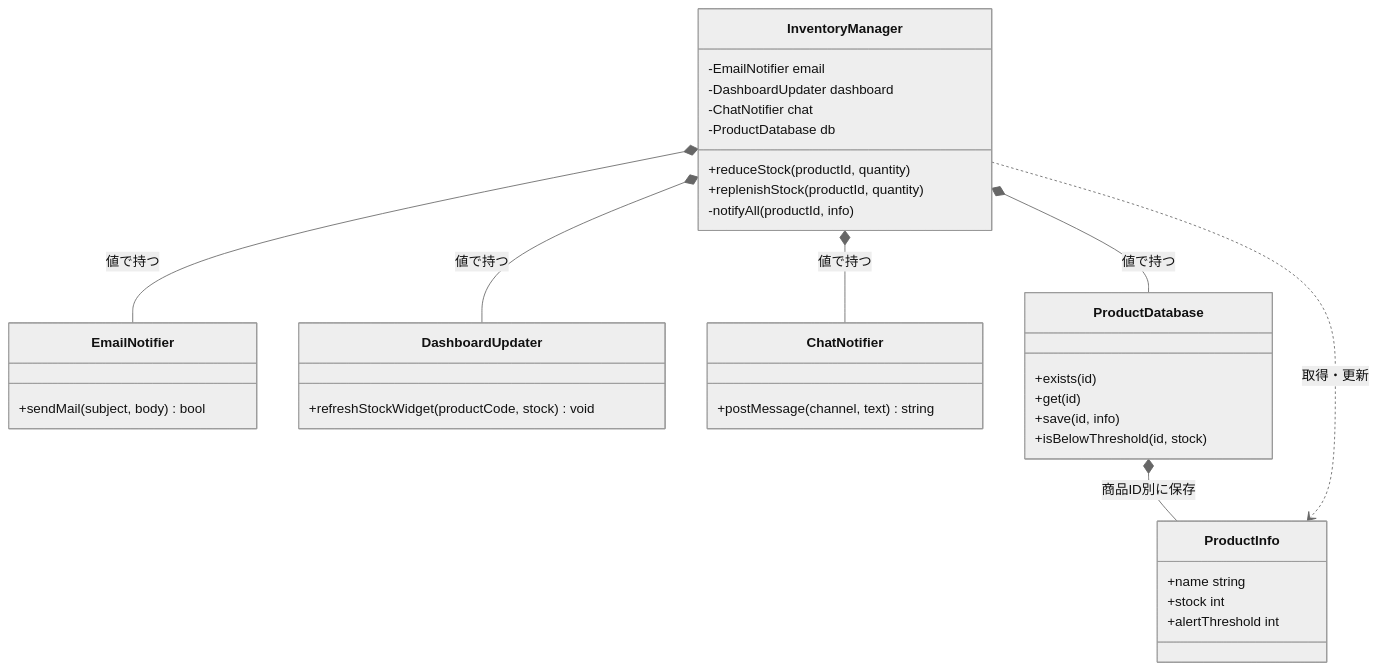
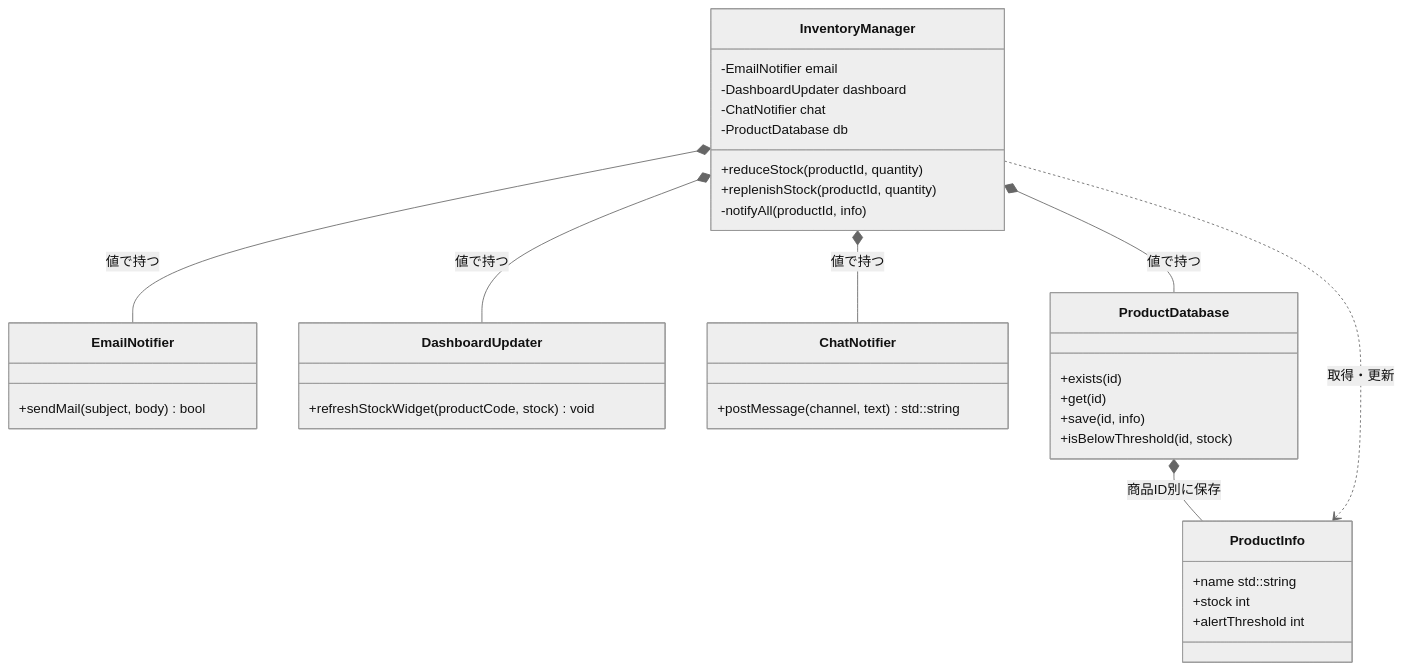
One commit to kumachan1101-pixel/DesignPattern changed the third of 19 diagrams in kindle/design-patterns/books/volume01-core-patterns/output/05-chapter03.md. Above: the diagram before and after it, drawn with Mermaid (neutral theme). The commit also changed other lines of this file and 22 other files, not shown here.

````diff
--- a/kindle/design-patterns/books/volume01-core-patterns/output/05-chapter03.md
+++ b/kindle/design-patterns/books/volume01-core-patterns/output/05-chapter03.md
@@ -292,39 +292,39 @@
 ```mermaid
 classDiagram
     class InventoryManager {
         -EmailNotifier email
         -DashboardUpdater dashboard
         -ChatNotifier chat
         -ProductDatabase db
         +reduceStock(productId, quantity)
         +replenishStock(productId, quantity)
         -notifyAll(productId, info)
     }
     class EmailNotifier {
         +sendMail(subject, body) bool
     }
     class DashboardUpdater {
         +refreshStockWidget(productCode, stock) void
     }
     class ChatNotifier {
-        +postMessage(channel, text) string
+        +postMessage(channel, text) std::string
     }
     class ProductDatabase {
         +exists(id)
         +get(id)
         +save(id, info)
         +isBelowThreshold(id, stock)
     }
     class ProductInfo {
-        +name string
+        +name std::string
         +stock int
         +alertThreshold int
     }
     InventoryManager *-- EmailNotifier : 値で持つ
     InventoryManager *-- DashboardUpdater : 値で持つ
     InventoryManager *-- ChatNotifier : 値で持つ
     InventoryManager *-- ProductDatabase : 値で持つ
     ProductDatabase *-- ProductInfo : 商品ID別に保存
     InventoryManager ..> ProductInfo : 取得・更新
 
 ```
````
